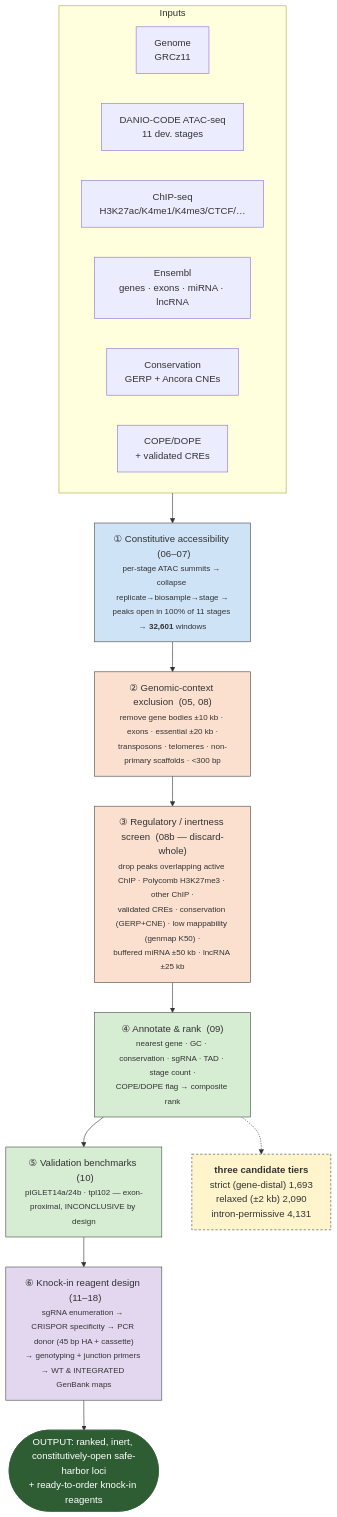
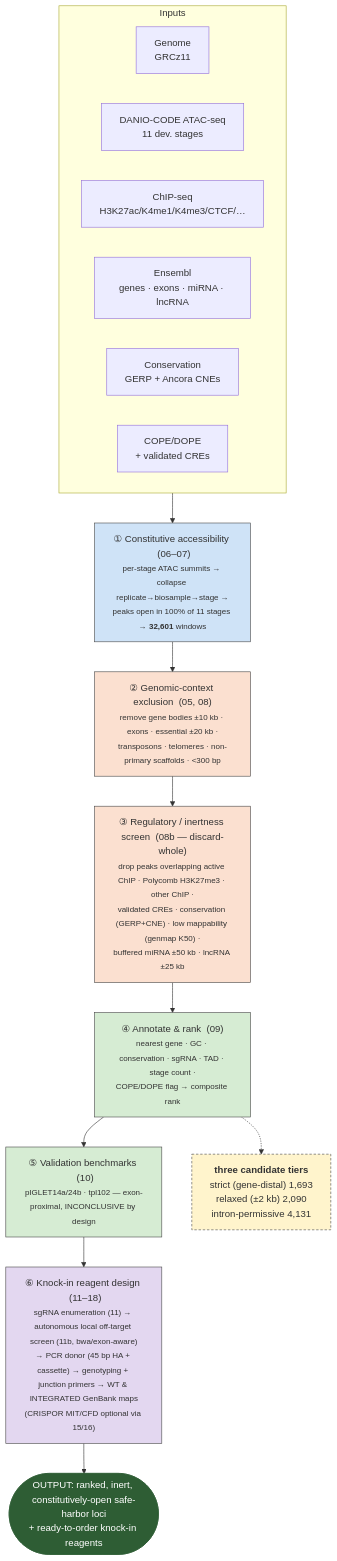
One commit to dqmatus/zebrafish-safe-harbors changed the diagram in docs/PIPELINE.md. Above: the diagram before and after it, drawn with Mermaid. The commit also changed 3 other files, not shown here.

First line of the commit message:
Autonomous local off-target screen for safe-harbor sgRNAs (11b)

````diff
--- a/docs/PIPELINE.md
+++ b/docs/PIPELINE.md
@@ -16,35 +16,35 @@
 ```mermaid
 flowchart TD
     subgraph IN[" Inputs "]
       direction LR
       G[Genome<br/>GRCz11]
       A[DANIO-CODE ATAC-seq<br/>11 dev. stages]
       Ch[ChIP-seq<br/>H3K27ac/K4me1/K4me3/CTCF/…]
       En[Ensembl<br/>genes · exons · miRNA · lncRNA]
       Cn[Conservation<br/>GERP + Ancora CNEs]
       Cd[COPE/DOPE<br/>+ validated CREs]
     end
 
     IN --> P2
 
     P2["① Constitutive accessibility &nbsp;(06–07)<br/><small>per-stage ATAC summits → collapse replicate→biosample→stage →<br/>peaks open in 100% of 11 stages → <b>32,601</b> windows</small>"]
     P3a["② Genomic-context exclusion &nbsp;(05, 08)<br/><small>remove gene bodies ±10 kb · exons · essential ±20 kb ·<br/>transposons · telomeres · non-primary scaffolds · &lt;300 bp</small>"]
     P3b["③ Regulatory / inertness screen &nbsp;(08b — discard-whole)<br/><small>drop peaks overlapping active ChIP · Polycomb H3K27me3 · other ChIP ·<br/>validated CREs · conservation (GERP+CNE) · low mappability (genmap K50) ·<br/>buffered miRNA ±50 kb · lncRNA ±25 kb</small>"]
     P4["④ Annotate & rank &nbsp;(09)<br/><small>nearest gene · GC · conservation · sgRNA · TAD · stage count ·<br/>COPE/DOPE flag → composite rank</small>"]
     P5["⑤ Validation benchmarks &nbsp;(10)<br/><small>pIGLET14a/24b · tpl102 — exon-proximal, INCONCLUSIVE by design</small>"]
-    P6["⑥ Knock-in reagent design &nbsp;(11–18)<br/><small>sgRNA enumeration → CRISPOR specificity → PCR donor (45 bp HA + cassette)<br/>→ genotyping + junction primers → WT & INTEGRATED GenBank maps</small>"]
+    P6["⑥ Knock-in reagent design &nbsp;(11–18)<br/><small>sgRNA enumeration (11) → autonomous local off-target screen (11b, bwa/exon-aware)<br/>→ PCR donor (45 bp HA + cassette) → genotyping + junction primers → WT & INTEGRATED GenBank maps<br/>(CRISPOR MIT/CFD optional via 15/16)</small>"]
     OUT([OUTPUT: ranked, inert, constitutively-open safe-harbor loci<br/>+ ready-to-order knock-in reagents])
 
     T["<b>three candidate tiers</b><br/>strict (gene-distal) 1,693<br/>relaxed (±2 kb) 2,090<br/>intron-permissive 4,131"]
 
     P2 --> P3a --> P3b --> P4 --> P5 --> P6 --> OUT
     P4 -.-> T
 
     classDef acc fill:#CFE3F7,stroke:#4A4A4A;
     classDef exc fill:#FBE0D0,stroke:#4A4A4A;
     classDef rnk fill:#D6ECD3,stroke:#4A4A4A;
     classDef des fill:#E3D7F0,stroke:#4A4A4A;
     classDef tier fill:#FFF4CC,stroke:#4A4A4A,stroke-dasharray:4 3;
     classDef out fill:#2E5D34,color:#fff,stroke:#2E5D34;
     class P2 acc; class P3a,P3b exc; class P4,P5 rnk; class P6 des; class T tier; class OUT out;
 ```
````
